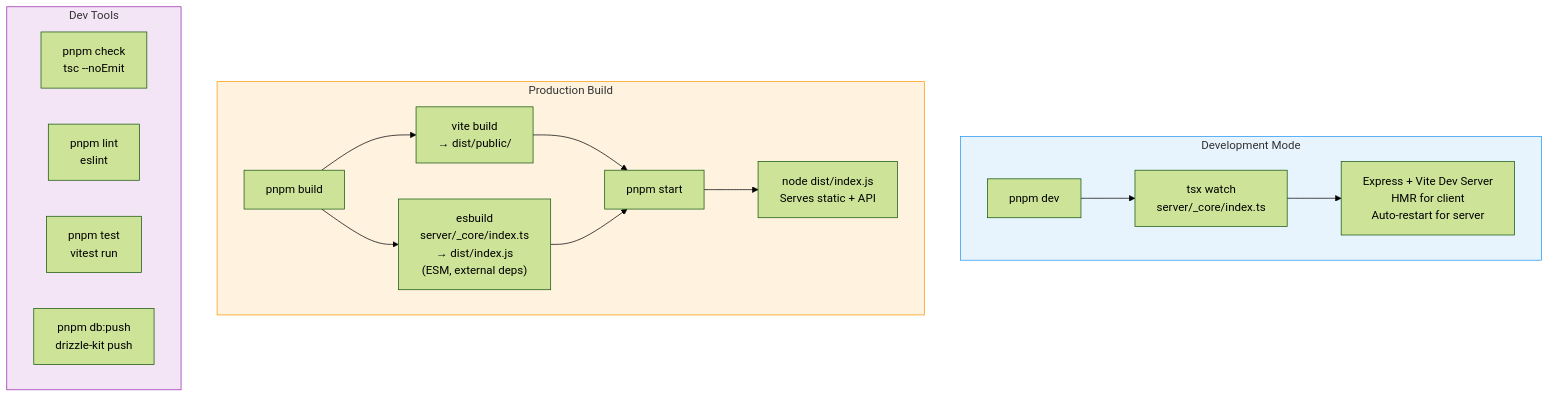
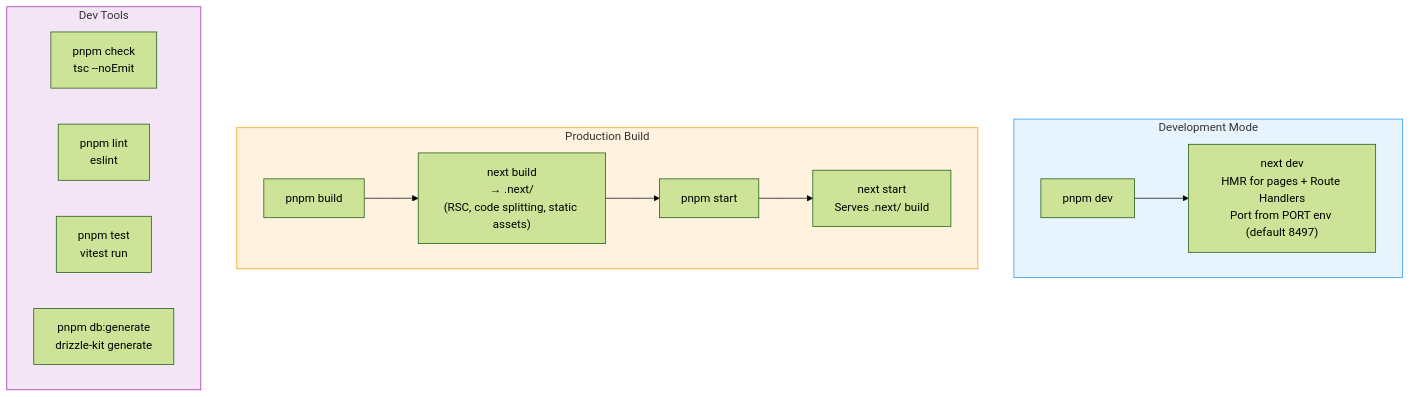
Before and after one commit to erium/app-template: the fifth of 7 diagrams in docs/architecture-development.md, drawn with Mermaid (forest theme). The commit also changed other lines of this file and 7 other files, not shown here.

````diff
--- a/docs/architecture-development.md
+++ b/docs/architecture-development.md
@@ -172,30 +176,27 @@
 ```mermaid
 graph TB
     subgraph Dev["Development Mode"]
         DevCmd["pnpm dev"]
-        DevCmd --> TSX["tsx watch<br/>server/_core/index.ts"]
-        TSX --> DevServer["Express + Vite Dev Server<br/>HMR for client<br/>Auto-restart for server"]
+        DevCmd --> DevServer["next dev<br/>HMR for pages + Route Handlers<br/>Port from PORT env (default 8497)"]
     end
 
     subgraph Prod["Production Build"]
         BuildCmd["pnpm build"]
-        BuildCmd --> ViteBuild["vite build<br/>→ dist/public/"]
-        BuildCmd --> ESBuild["esbuild<br/>server/_core/index.ts<br/>→ dist/index.js<br/>(ESM, external deps)"]
+        BuildCmd --> NextBuild["next build<br/>→ .next/<br/>(RSC, code splitting, static assets)"]
 
         StartCmd["pnpm start"]
-        ViteBuild --> StartCmd
-        ESBuild --> StartCmd
-        StartCmd --> ProdServer["node dist/index.js<br/>Serves static + API"]
+        NextBuild --> StartCmd
+        StartCmd --> ProdServer["next start<br/>Serves .next/ build"]
     end
 
     subgraph Tools["Dev Tools"]
         Check["pnpm check<br/>tsc --noEmit"]
         Lint["pnpm lint<br/>eslint"]
         Test["pnpm test<br/>vitest run"]
-        DBPush["pnpm db:push<br/>drizzle-kit push"]
+        DBGen["pnpm db:generate<br/>drizzle-kit generate"]
     end
 
     style Dev fill:#e8f4fd,stroke:#2196F3
     style Prod fill:#fff3e0,stroke:#FF9800
     style Tools fill:#f3e5f5,stroke:#9C27B0
 ```
````
